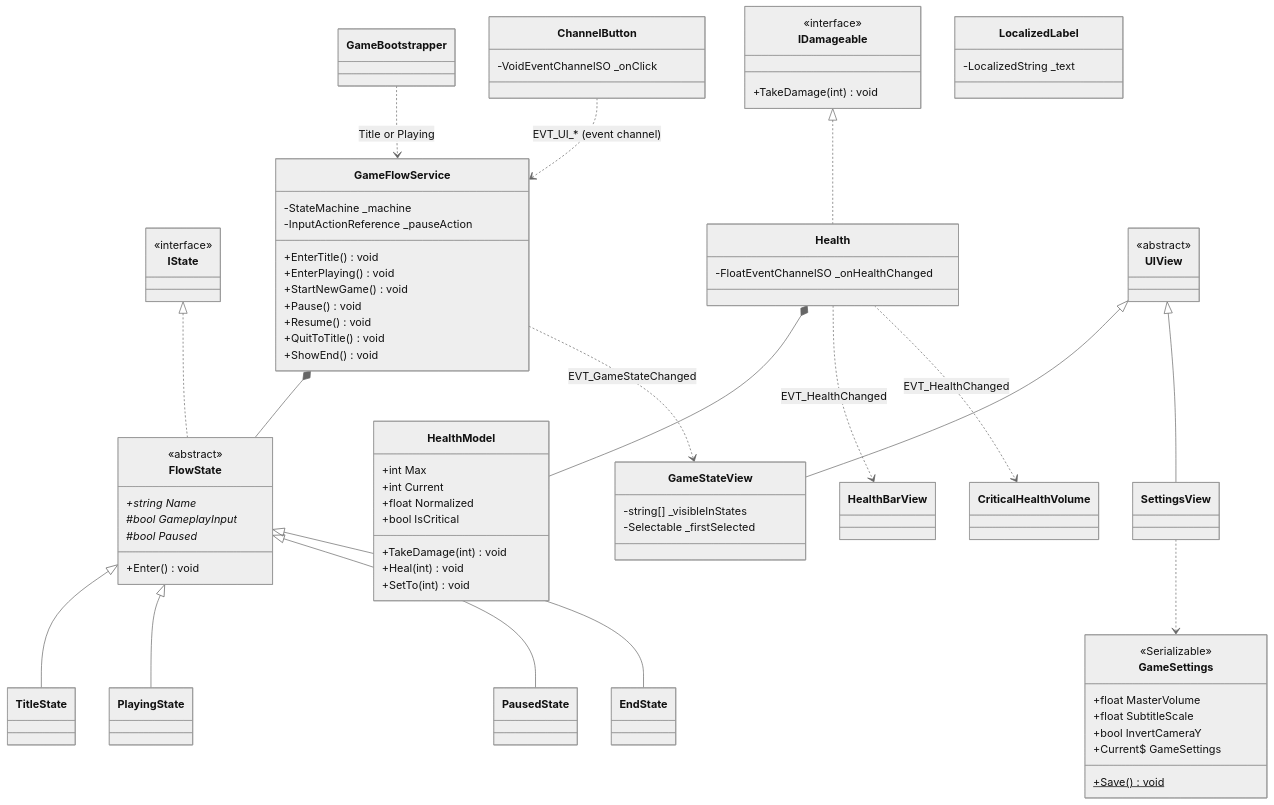
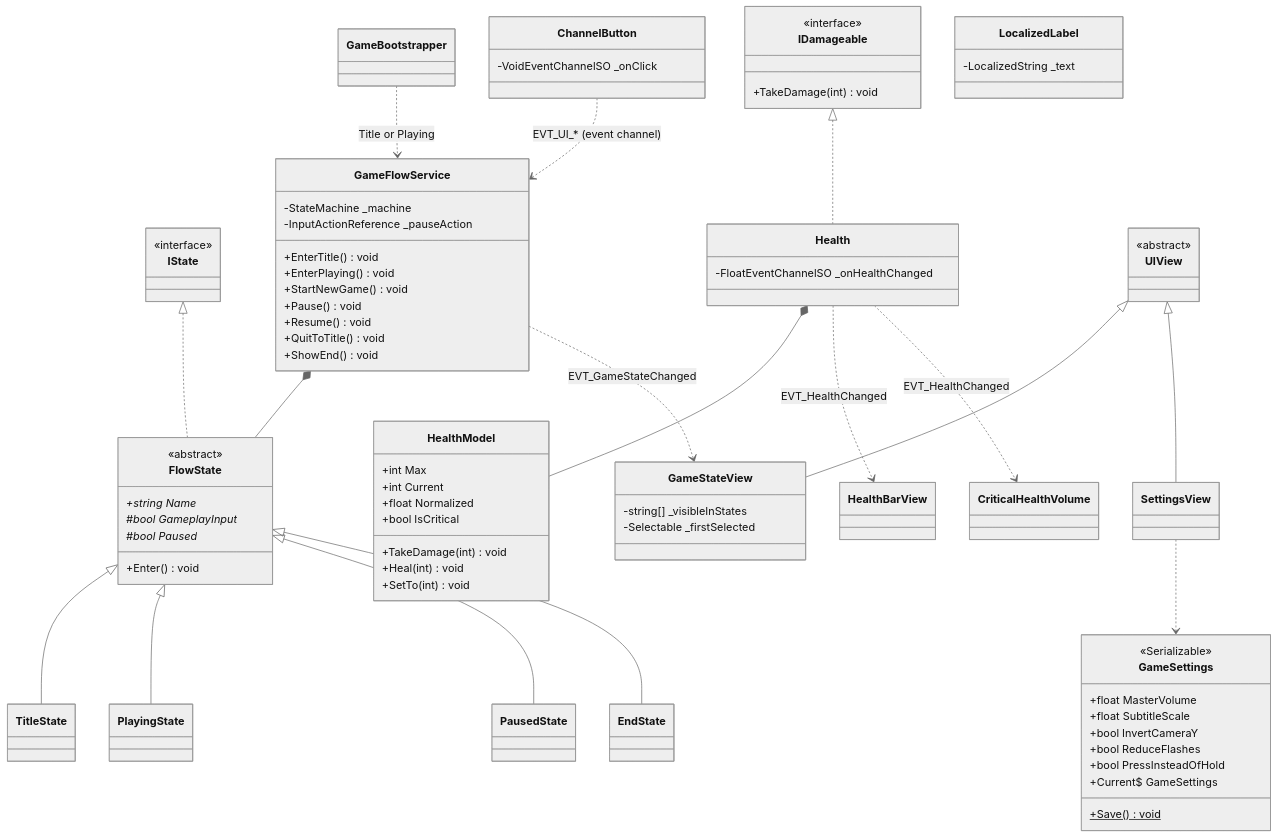
One commit to Seeiwdum/Hollow-Chains changed diagram 11 of 14 in Docs/P1/CLASS_DIAGRAM.md. Above: the diagram before and after it, drawn with Mermaid (neutral theme). The commit also changed 3 other files, not shown here.

```diff
--- a/Docs/P1/CLASS_DIAGRAM.md
+++ b/Docs/P1/CLASS_DIAGRAM.md
@@ -736,6 +736,8 @@
         +float MasterVolume
         +float SubtitleScale
         +bool InvertCameraY
+        +bool ReduceFlashes
+        +bool PressInsteadOfHold
         +Current$ GameSettings
         +Save()$ void
     }
```
